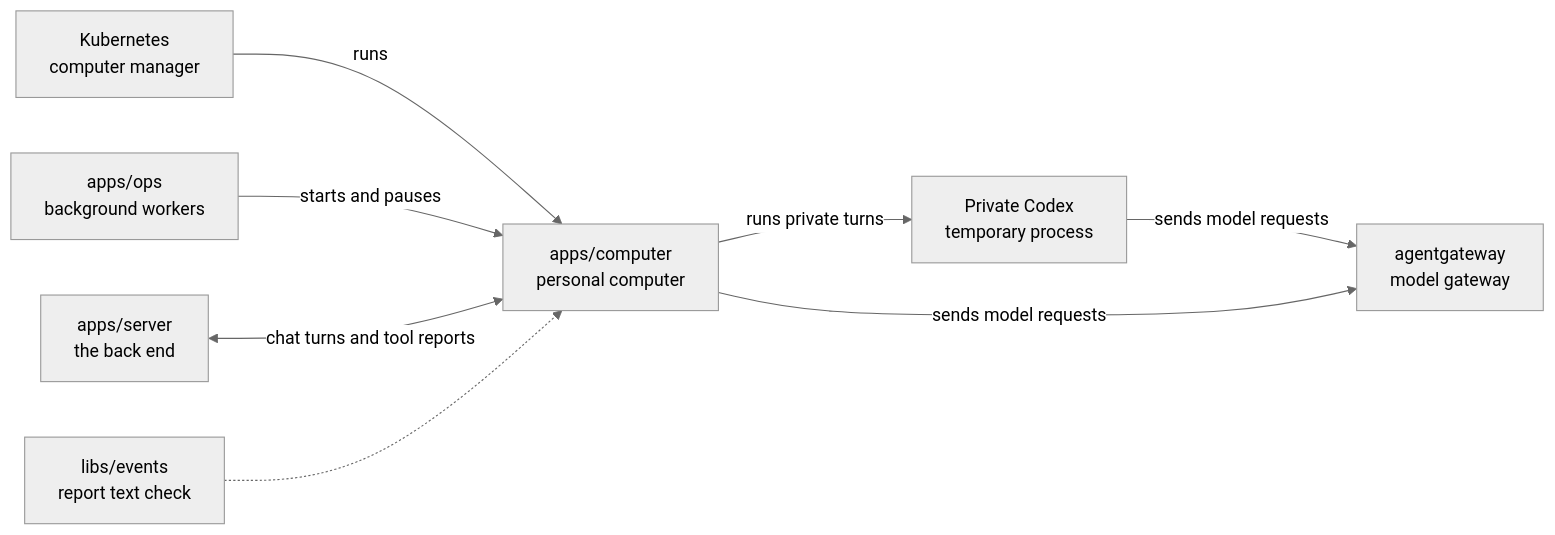
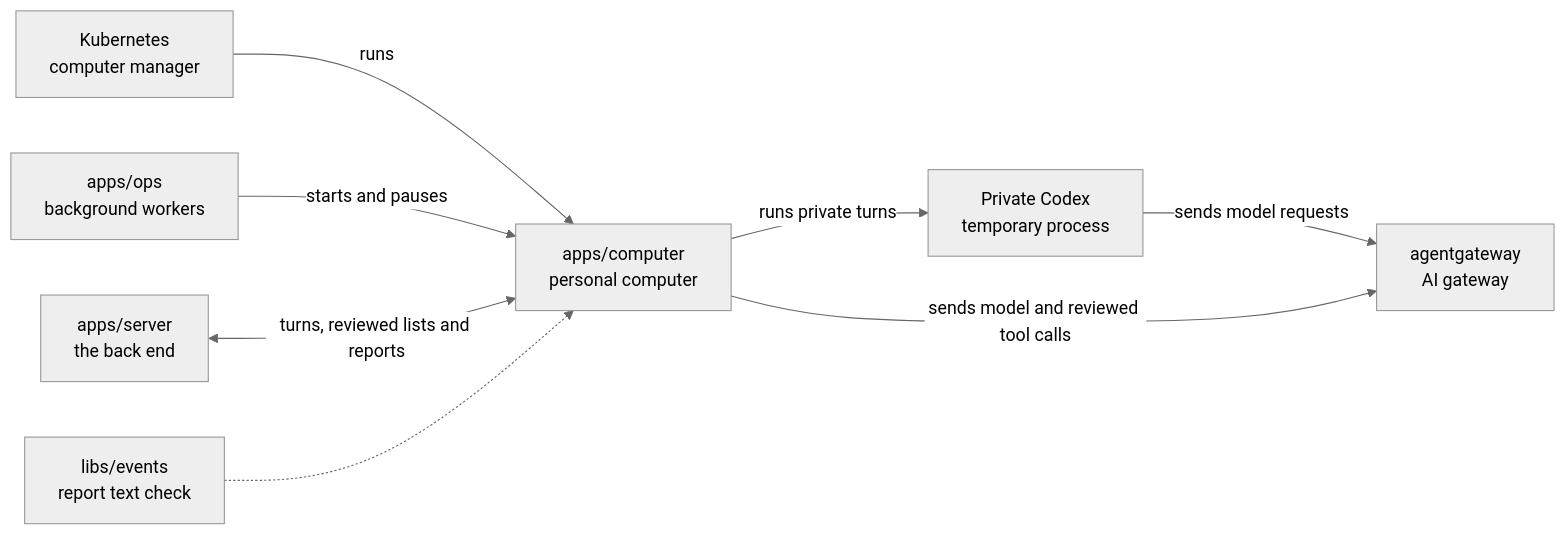
One commit to elewa-git/opencrane-new changed the diagram in apps/computer/README.md. Above: the diagram before and after it, drawn with Mermaid (neutral theme). The commit also changed other lines of this file and 36 other files, not shown here.

First line of the commit message:
🧰 Chat turns can call reviewed Allow tools, each conversation only its own list, reloaded when it changes (#270) (#270)

````diff
--- a/apps/computer/README.md
+++ b/apps/computer/README.md
@@ -15,10 +15,10 @@
 ```mermaid
 flowchart LR
   kube["Kubernetes<br/>computer manager"] -->|runs| computer["apps/computer<br/>personal computer"]
   ops["apps/ops<br/>background workers"] -->|starts and pauses| computer
-  server["apps/server<br/>the back end"] <-->|chat turns and tool reports| computer
+  server["apps/server<br/>the back end"] <-->|turns, reviewed lists and reports| computer
   events["libs/events<br/>report text check"] -.-> computer
   computer -->|runs private turns| private["Private Codex<br/>temporary process"]
   private -->|sends model requests| gateway
-  computer -->|sends model requests| gateway["agentgateway<br/>model gateway"]
+  computer -->|sends model and reviewed tool calls| gateway["agentgateway<br/>AI gateway"]
 ```
````
